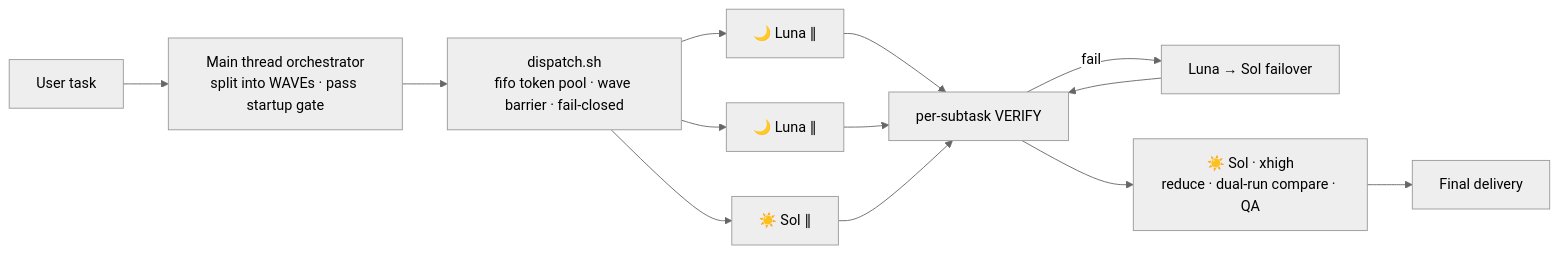
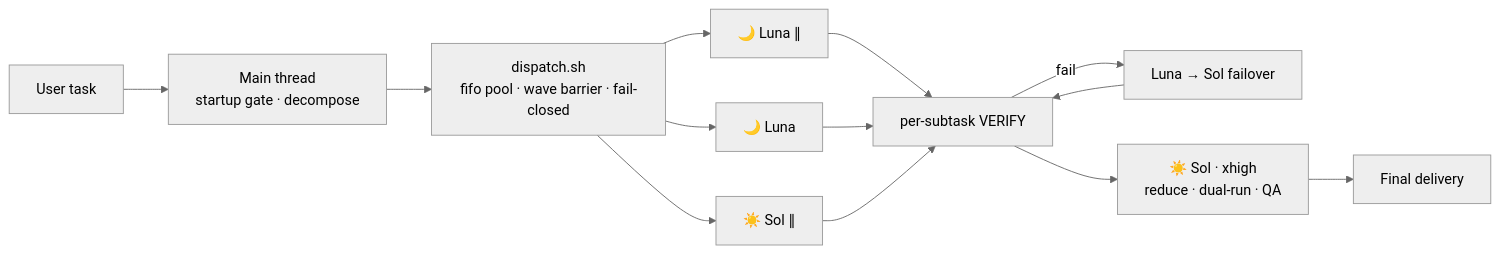
One commit to chenguang-jiang/jcg-codex-mode-dispatch changed the diagram in README.md. Above: the diagram before and after it, drawn with Mermaid (neutral theme). The commit also changed other lines of this file and 4 other files, not shown here.

````diff
--- a/README.md
+++ b/README.md
@@ -33,15 +42,15 @@
 ```mermaid
 flowchart LR
-  U[User task] --> M[Main thread orchestrator<br/>split into WAVEs · pass startup gate]
-  M --> D[dispatch.sh<br/>fifo token pool · wave barrier · fail-closed]
+  U[User task] --> M[Main thread<br/>startup gate · decompose]
+  M --> D[dispatch.sh<br/>fifo pool · wave barrier · fail-closed]
   D --> L1[🌙 Luna ∥]
-  D --> L2[🌙 Luna ∥]
+  D --> L2[🌙 Luna ]
   D --> S1[☀️ Sol ∥]
   L1 --> V[per-subtask VERIFY]
   L2 --> V
   S1 --> V
   V -->|fail| FO[Luna → Sol failover]
   FO --> V
-  V --> R[☀️ Sol · xhigh<br/>reduce · dual-run compare · QA]
+  V --> R[☀️ Sol · xhigh<br/>reduce · dual-run · QA]
   R --> O[Final delivery]
 ```
````
